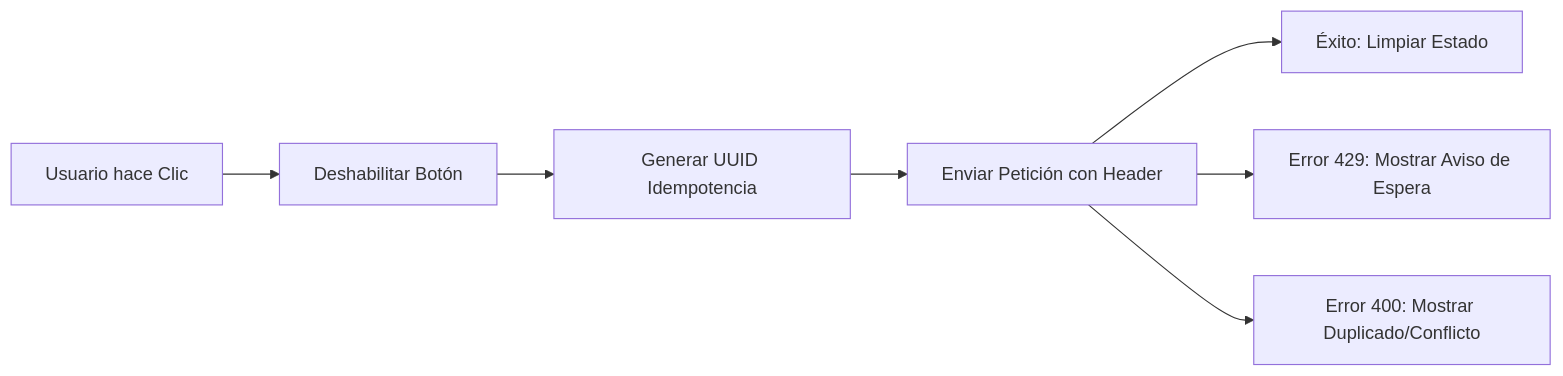
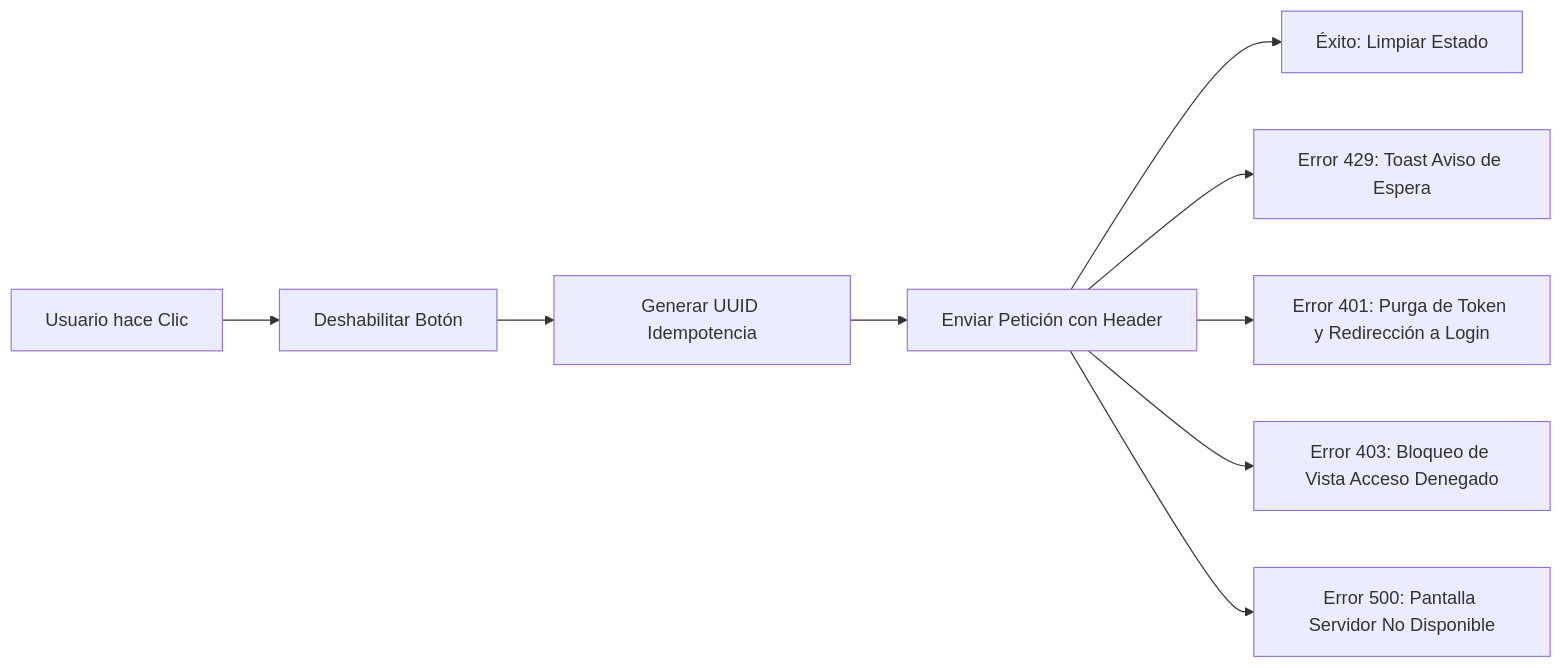
The diagram in frontend/docs/integracion_seguridad_frontend.md (DaniDev-19/SICIC-INSAI-V2.0), drawn with Mermaid before and after one commit. The commit also changed other lines of this file and 72 other files, not shown here.

````diff
--- a/frontend/docs/integracion_seguridad_frontend.md
+++ b/frontend/docs/integracion_seguridad_frontend.md
@@ -51,9 +71,11 @@
 ```mermaid
 graph LR
     Action[Usuario hace Clic] --> UI[Deshabilitar Botón]
     UI --> Interceptor[Generar UUID Idempotencia]
     Interceptor --> Fetch[Enviar Petición con Header]
     Fetch --> Success[Éxito: Limpiar Estado]
-    Fetch --> Error429[Error 429: Mostrar Aviso de Espera]
-    Fetch --> Error400[Error 400: Mostrar Duplicado/Conflicto]
+    Fetch --> Error429[Error 429: Toast Aviso de Espera]
+    Fetch --> Error401[Error 401: Purga de Token y Redirección a Login]
+    Fetch --> Error403[Error 403: Bloqueo de Vista Acceso Denegado]
+    Fetch --> Error500[Error 500: Pantalla Servidor No Disponible]
 ```
````
